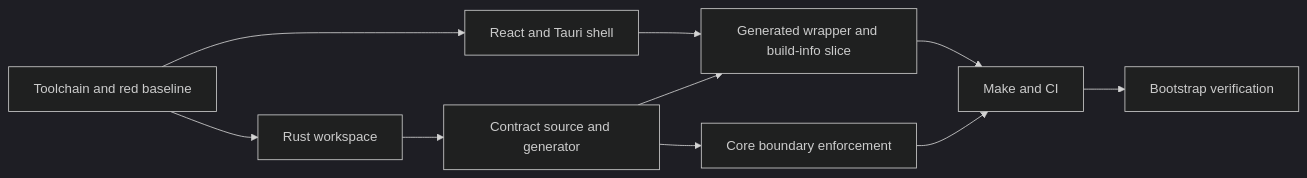
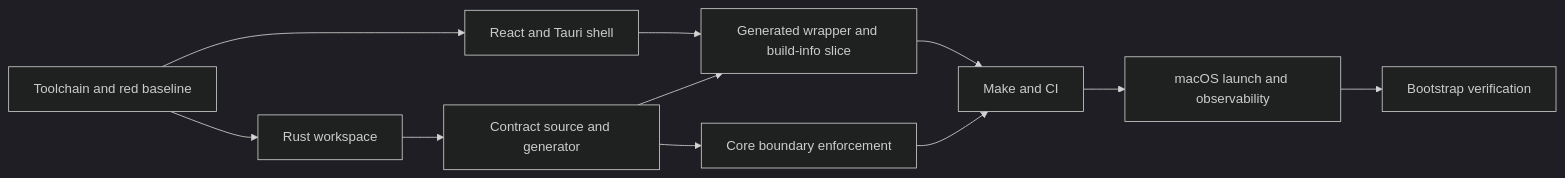
Before and after one commit to fallrising/flowshot: the diagram in docs/tasks/N00/00-implementation-plan.md, drawn with Mermaid (dark theme). The commit also changed other lines of this file and 12 other files, not shown here.

Commit message:
docs: plan N00 launch verification

````diff
--- a/docs/tasks/N00/00-implementation-plan.md
+++ b/docs/tasks/N00/00-implementation-plan.md
@@ -120,12 +120,13 @@
 ```mermaid
 graph LR
   T01[Toolchain and red baseline] --> T02[Rust workspace]
   T01 --> T03[React and Tauri shell]
   T02 --> T04[Contract source and generator]
   T03 --> T05[Generated wrapper and build-info slice]
   T04 --> T05
   T04 --> T06[Core boundary enforcement]
   T05 --> T07[Make and CI]
   T06 --> T07
-  T07 --> T08[Bootstrap verification]
+  T07 --> T08[macOS launch and observability]
+  T08 --> T09[Bootstrap verification]
 ```
````
